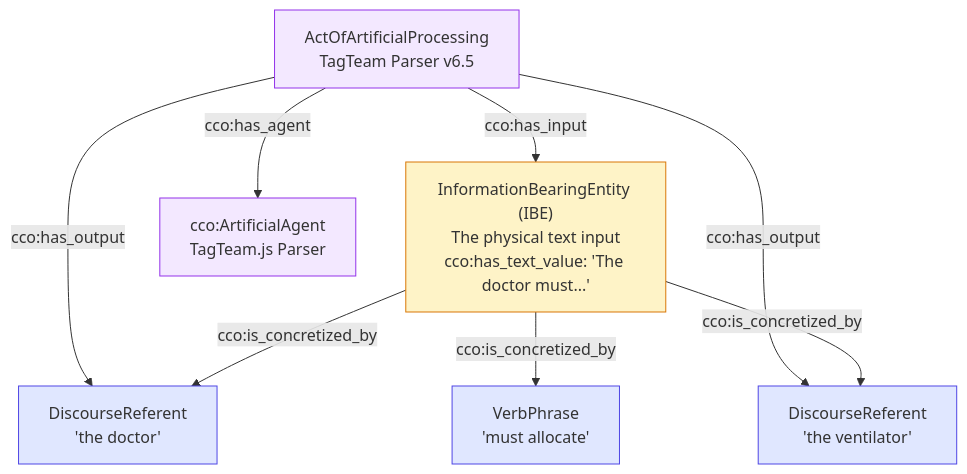
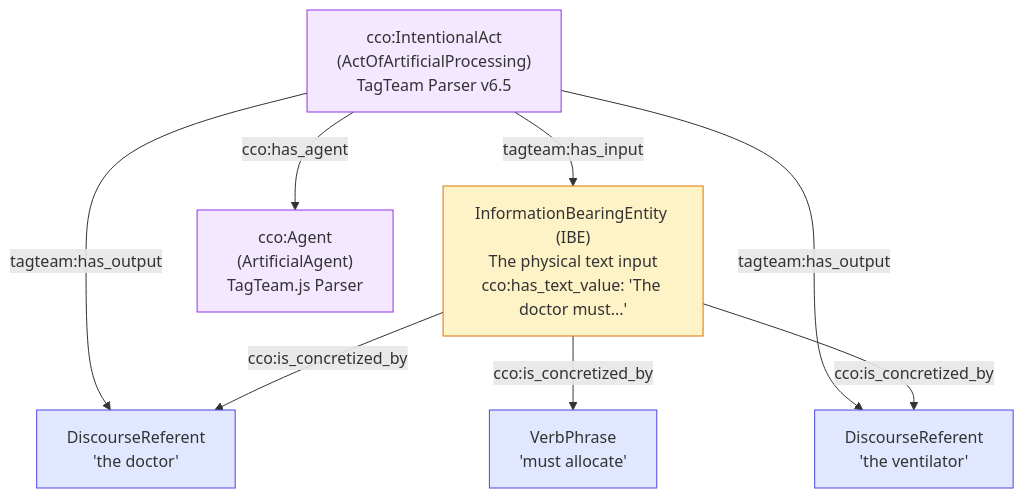
One commit to Skreen5hot/TagTeam.js changed the fourth of 5 diagrams in docs/architecture-overview.md. Above: the diagram before and after it, drawn with Mermaid. The commit also changed other lines of this file and 100 other files, not shown here.

First line of the commit message:
Eliminate 94 fabricated CCO IRIs from all output

````diff
--- a/docs/architecture-overview.md
+++ b/docs/architecture-overview.md
@@ -159,24 +161,24 @@
 ```mermaid
 graph TB
     IBE["InformationBearingEntity (IBE)<br/>The physical text input<br/>cco:has_text_value: 'The doctor must...'"]
     ICE1["DiscourseReferent<br/>'the doctor'"]
     ICE2["DiscourseReferent<br/>'the ventilator'"]
     ACT_ICE["VerbPhrase<br/>'must allocate'"]
-    PA["ActOfArtificialProcessing<br/>TagTeam Parser v6.5"]
-    AGENT["cco:ArtificialAgent<br/>TagTeam.js Parser"]
+    PA["cco:IntentionalAct<br/>(ActOfArtificialProcessing)<br/>TagTeam Parser v6.5"]
+    AGENT["cco:Agent<br/>(ArtificialAgent)<br/>TagTeam.js Parser"]
 
     IBE -->|"cco:is_concretized_by"| ICE1
     IBE -->|"cco:is_concretized_by"| ICE2
     IBE -->|"cco:is_concretized_by"| ACT_ICE
-    PA -->|"cco:has_input"| IBE
-    PA -->|"cco:has_output"| ICE1
-    PA -->|"cco:has_output"| ICE2
+    PA -->|"tagteam:has_input"| IBE
+    PA -->|"tagteam:has_output"| ICE1
+    PA -->|"tagteam:has_output"| ICE2
     PA -->|"cco:has_agent"| AGENT
 
     style IBE fill:#fef3c7,stroke:#d97706
     style ICE1 fill:#e0e7ff,stroke:#4f46e5
     style ICE2 fill:#e0e7ff,stroke:#4f46e5
     style ACT_ICE fill:#e0e7ff,stroke:#4f46e5
     style PA fill:#f3e8ff,stroke:#9333ea
     style AGENT fill:#f3e8ff,stroke:#9333ea
 ```
````
